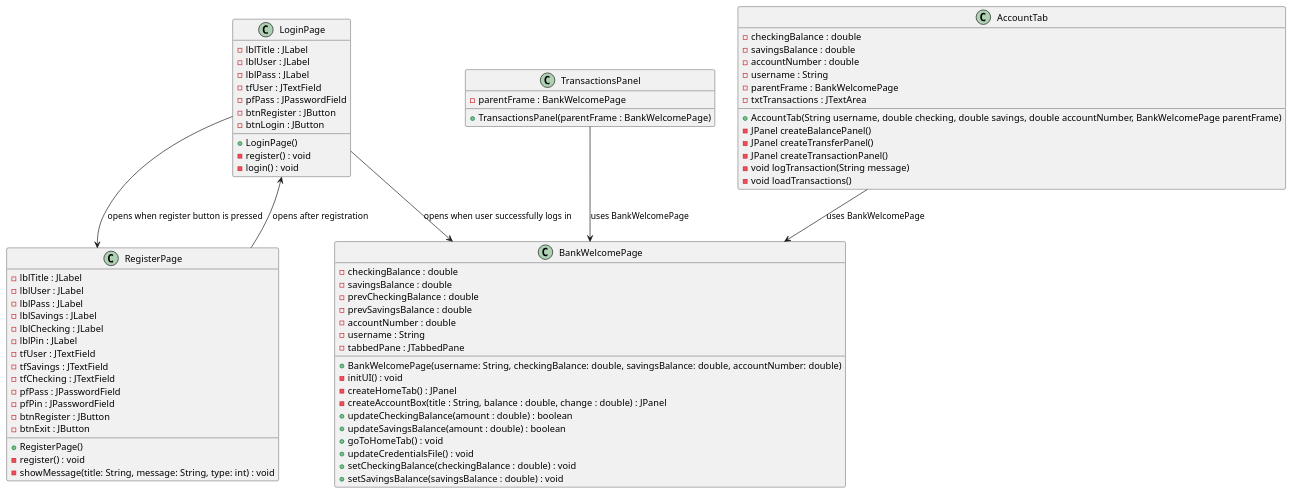
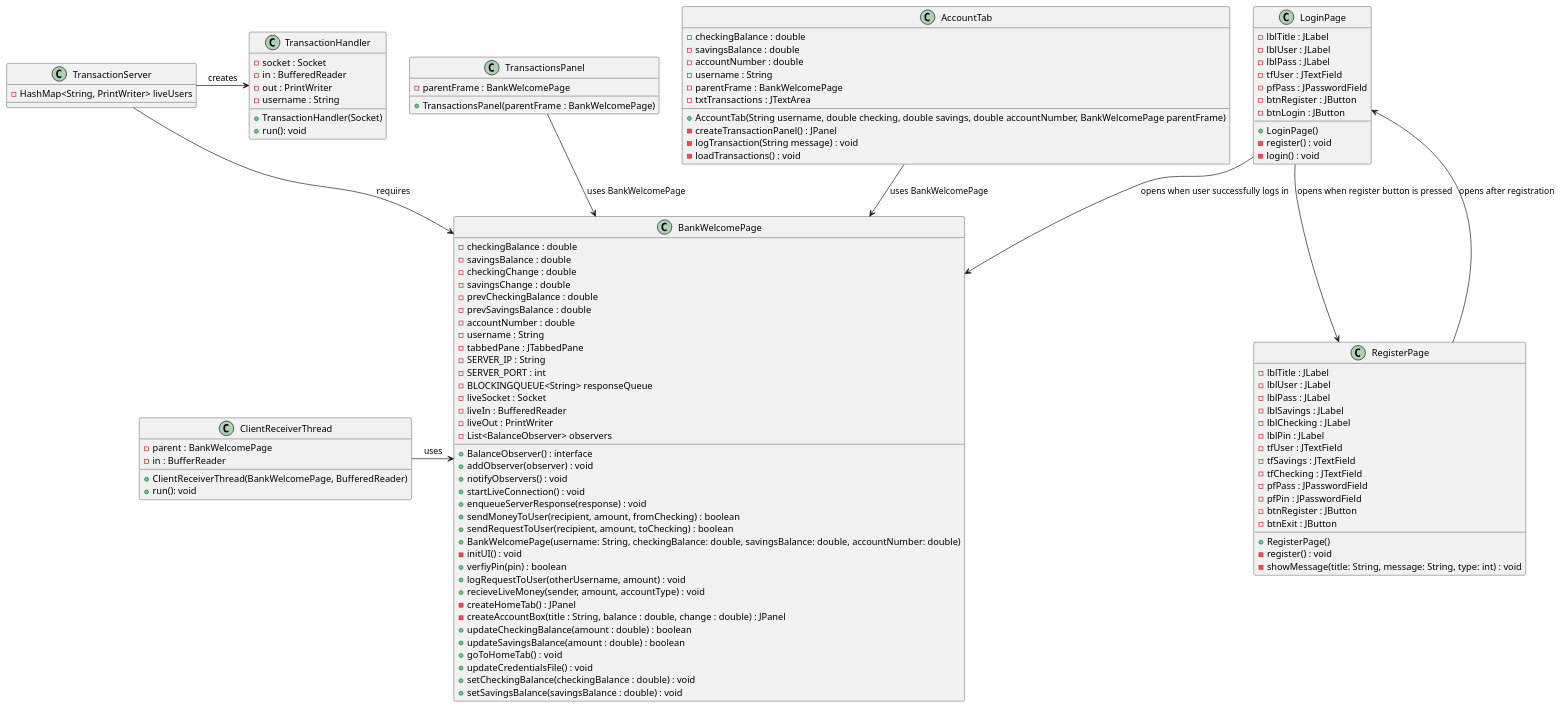
One commit to JSmith1140/BurchamLongRyanSmith_CSC2620_Final changed the diagram in PUML-Diagrams/BankClassDiagram.puml. Above: the diagram before and after it, drawn with PlantUML.

Commit message:
Updated Bank Class Diagram

```diff
--- a/PUML-Diagrams/BankClassDiagram.puml
+++ b/PUML-Diagrams/BankClassDiagram.puml
@@ -1,85 +1,128 @@
 @startuml Bank Class Diagram
 ' Login Page class
 class LoginPage {
     - lblTitle : JLabel
     - lblUser : JLabel
     - lblPass : JLabel
     - tfUser : JTextField
     - pfPass : JPasswordField
     - btnRegister : JButton
     - btnLogin : JButton
     + LoginPage()
     - register() : void
     - login() : void
 }
 
 ' RegisterPage class
 class RegisterPage {
     - lblTitle : JLabel
     - lblUser : JLabel
     - lblPass : JLabel
     - lblSavings : JLabel
     - lblChecking : JLabel
     - lblPin : JLabel
     - tfUser : JTextField
     - tfSavings : JTextField
     - tfChecking : JTextField
     - pfPass : JPasswordField
     - pfPin : JPasswordField
     - btnRegister : JButton
     - btnExit : JButton
     + RegisterPage()
     - register() : void
     - showMessage(title: String, message: String, type: int) : void
 }
 
 ' BankWelcomePage class
 class BankWelcomePage {
     - checkingBalance : double
     - savingsBalance : double
+    - checkingChange : double
+    - savingsChange : double
     - prevCheckingBalance : double
     - prevSavingsBalance : double
     - accountNumber : double
     - username : String
     - tabbedPane : JTabbedPane
+    - SERVER_IP : String
+    - SERVER_PORT : int
+    - BLOCKINGQUEUE<String> responseQueue
+    - liveSocket : Socket
+    - liveIn : BufferedReader
+    - liveOut : PrintWriter
+    + BalanceObserver() : interface
+    - List<BalanceObserver> observers
+    + addObserver(observer) : void
+    + notifyObservers() : void
+    + startLiveConnection() : void
+    + enqueueServerResponse(response) : void
+    + sendMoneyToUser(recipient, amount, fromChecking) : boolean
+    + sendRequestToUser(recipient, amount, toChecking) : boolean
     + BankWelcomePage(username: String, checkingBalance: double, savingsBalance: double, accountNumber: double)
     - initUI() : void
+    + verfiyPin(pin) : boolean
+    + logRequestToUser(otherUsername, amount) : void
+    + recieveLiveMoney(sender, amount, accountType) : void
     - createHomeTab() : JPanel
     - createAccountBox(title : String, balance : double, change : double) : JPanel
     + updateCheckingBalance(amount : double) : boolean
     + updateSavingsBalance(amount : double) : boolean
     + goToHomeTab() : void
     + updateCredentialsFile() : void
     + setCheckingBalance(checkingBalance : double) : void
     + setSavingsBalance(savingsBalance : double) : void
 }
 
 ' TransactionsPanel Class
 class TransactionsPanel {
     - parentFrame : BankWelcomePage
     + TransactionsPanel(parentFrame : BankWelcomePage)
 }
 
 ' AccountTab class
 class AccountTab {
     - checkingBalance : double
     - savingsBalance : double
     - accountNumber : double
     - username : String
     - parentFrame : BankWelcomePage
     - txtTransactions : JTextArea
     + AccountTab(String username, double checking, double savings, double accountNumber, BankWelcomePage parentFrame)
-    - JPanel createBalancePanel()
-    - JPanel createTransferPanel()
-    - JPanel createTransactionPanel()
-    - void logTransaction(String message)
-    - void loadTransactions()
+    - createTransactionPanel() : JPanel
+    - logTransaction(String message) : void
+    - loadTransactions() : void
+}
+
+' TransactionServer class
+class TransactionServer {
+    - HashMap<String, PrintWriter> liveUsers
+}
+
+' Transaction Handler class
+class TransactionHandler {
+    - socket : Socket
+    - in : BufferedReader
+    - out : PrintWriter
+    - username : String
+    + TransactionHandler(Socket)
+    + run(): void
+}
+
+' ClientRecieverThread class
+class ClientReceiverThread {
+    - parent : BankWelcomePage
+    - in : BufferReader
+    + ClientReceiverThread(BankWelcomePage, BufferedReader)
+    + run(): void
 }
 
 ' Relations
 LoginPage --> RegisterPage : opens when register button is pressed
 LoginPage --> BankWelcomePage : opens when user successfully logs in
 RegisterPage --> LoginPage : opens after registration
 TransactionsPanel --> BankWelcomePage : uses BankWelcomePage
 AccountTab --> BankWelcomePage : uses BankWelcomePage
+TransactionServer -> TransactionHandler : creates
+TransactionServer --> BankWelcomePage : requires
+ClientReceiverThread -> BankWelcomePage : uses
 @enduml
```
